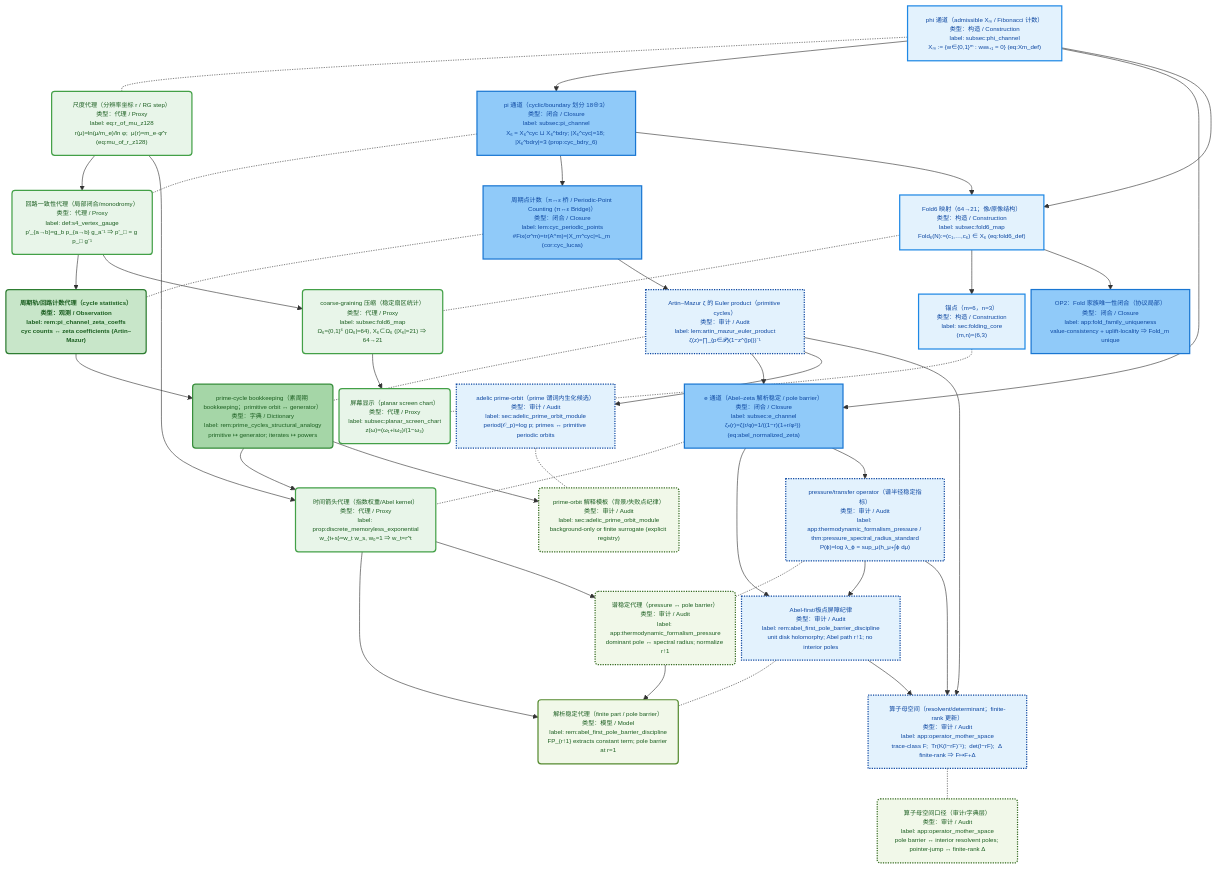
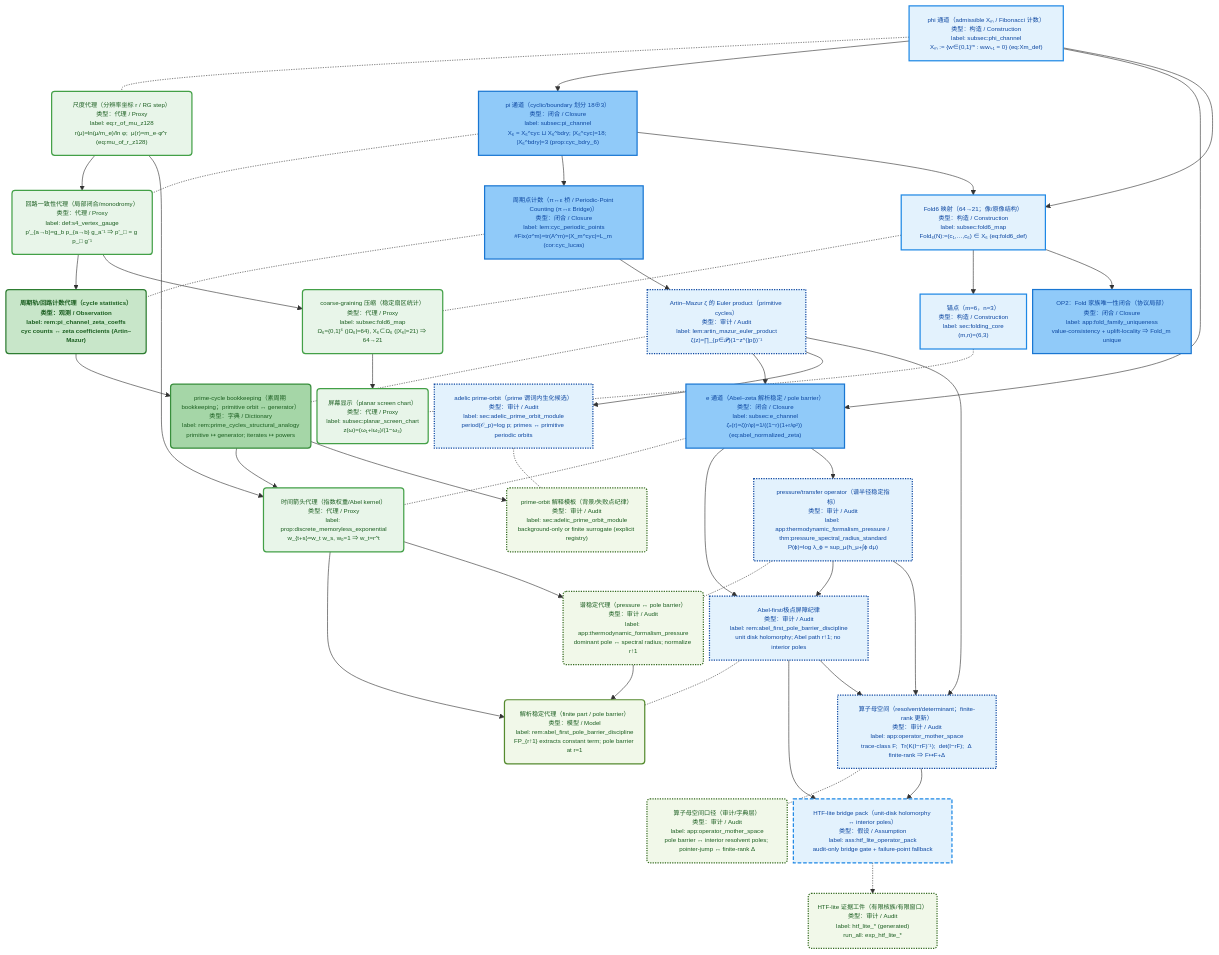
One commit to loning/the-omega changed the second of 13 diagrams in docs/papers/2025_z128_standard_model_stable_sector_hpa_omega/architecture_dag.md. Above: the diagram before and after it, drawn with Mermaid. The commit also changed 20 other files, not shown here.

First line of the commit message:
Add HTF-lite audits for bridge, detectability, and resolvent identity

````diff
--- a/docs/papers/2025_z128_standard_model_stable_sector_hpa_omega/architecture_dag.md
+++ b/docs/papers/2025_z128_standard_model_stable_sector_hpa_omega/architecture_dag.md
@@ -223,6 +223,12 @@
   M_operator_mother["算子母空间（resolvent/determinant；finite-rank 更新）<br/>类型：审计 / Audit<br/>label: app:operator_mother_space<br/>trace-class F;  Tr(K(I−rF)⁻¹);  det(I−rF);  Δ finite-rank ⇒ F↦F+Δ"]
   P_operator_mother("算子母空间口径（审计/字典层）<br/>类型：审计 / Audit<br/>label: app:operator_mother_space<br/>pole barrier ↔ interior resolvent poles; pointer-jump ↔ finite-rank Δ")
   M_operator_mother -.- P_operator_mother
+
+  M_htf_lite_pack["HTF-lite bridge pack（unit-disk holomorphy ↔ interior poles）<br/>类型：假设 / Assumption<br/>label: ass:htf_lite_operator_pack<br/>audit-only bridge gate + failure-point fallback"]
+  P_htf_lite_evidence("HTF-lite 证据工件（有限核族/有限窗口）<br/>类型：审计 / Audit<br/>label: htf_lite_* (generated)<br/>run_all: exp_htf_lite_*")
+  M_operator_mother --> M_htf_lite_pack
+  M_abel --> M_htf_lite_pack
+  M_htf_lite_pack -.-> P_htf_lite_evidence
 
   M_fold["Fold6 映射（64→21；像/原像结构）<br/>类型：构造 / Construction<br/>label: subsec:fold6_map<br/>Fold₆(N):=(c₁,…,c₆) ∈ X₆ (eq:fold6_def)"]
   P_fold("coarse-graining 压缩（稳定扇区统计）<br/>类型：代理 / Proxy<br/>label: subsec:fold6_map<br/>Ω₆={0,1}⁶ (|Ω₆|=64), X₆⊂Ω₆ (|X₆|=21) ⇒ 64→21")
@@ -278,10 +284,12 @@
   class M_pi,M_periodic,M_e,M_op2_fold_uniqueness math_closure;
   class M_abel,M_am_euler,M_pressure,M_adelic_prime_orbit math_audit;
   class M_operator_mother math_audit;
+  class M_htf_lite_pack math_assumption;
   class P_phi,P_pi,P_e,P_fold,P_screen phys_proxy;
   class P_periodic phys_obs;
   class P_am_euler phys_dict;
   class P_abel phys_model;
   class P_pressure,P_adelic_prime_orbit phys_audit;
   class P_operator_mother phys_audit;
+  class P_htf_lite_evidence phys_audit;
 ```
````
